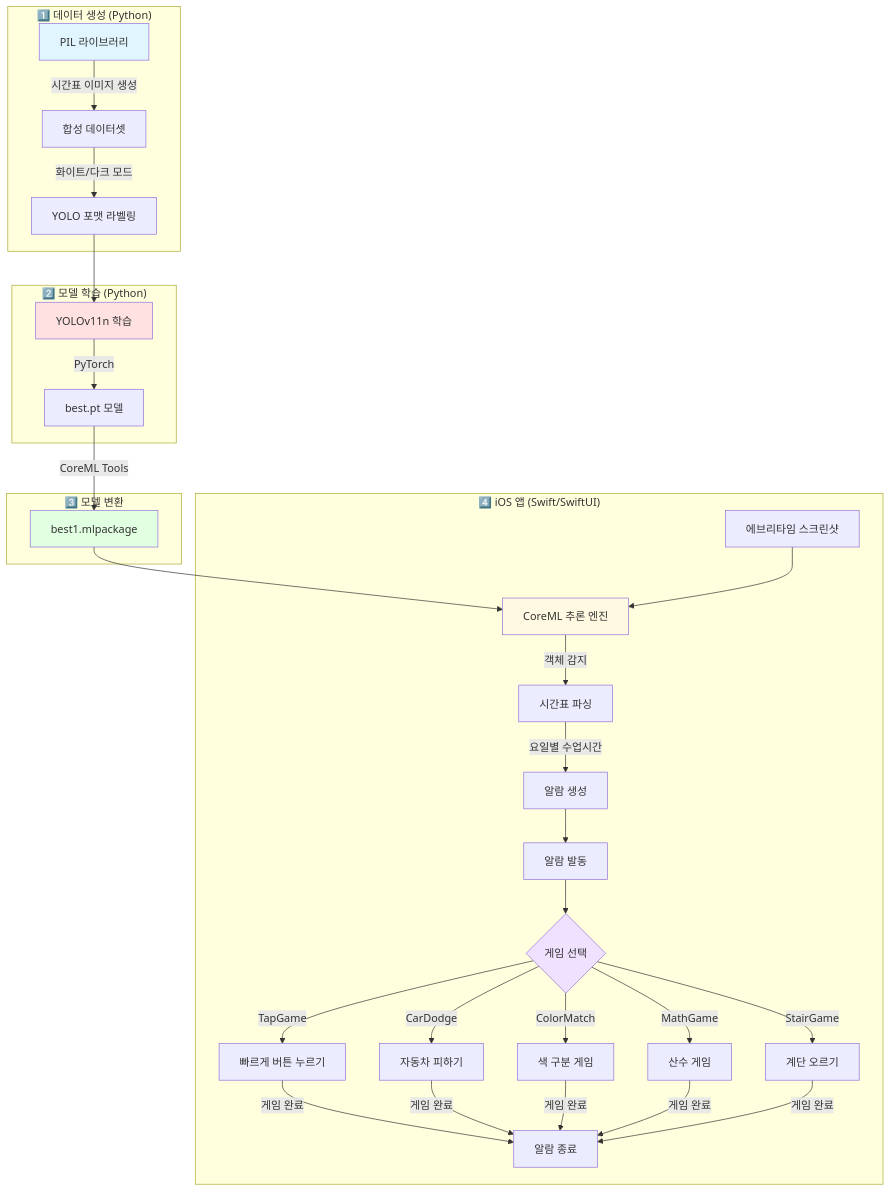
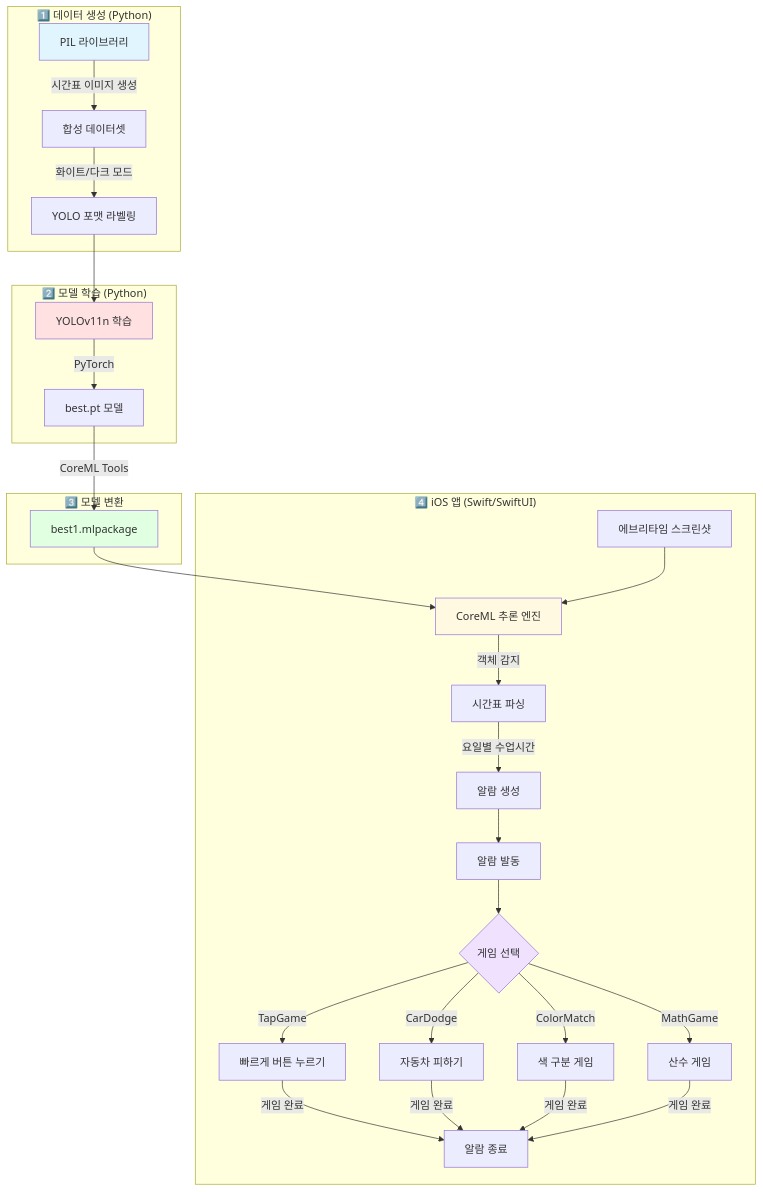
The first of 6 diagrams in README.md (Jaehyeon-kr/Every_Alarm), drawn with Mermaid before and after one commit. The commit also changed other lines of this file, not shown here.

````diff
--- a/README.md
+++ b/README.md
@@ -102,37 +104,36 @@
 ```mermaid
 flowchart TB
     subgraph "1️⃣ 데이터 생성 (Python)"
         A[PIL 라이브러리] -->|시간표 이미지 생성| B[합성 데이터셋]
         B -->|화이트/다크 모드| C[YOLO 포맷 라벨링]
     end
 
     subgraph "2️⃣ 모델 학습 (Python)"
         C --> D[YOLOv11n 학습]
         D -->|PyTorch| E[best.pt 모델]
     end
 
     subgraph "3️⃣ 모델 변환"
         E -->|CoreML Tools| F[best1.mlpackage]
     end
 
     subgraph "4️⃣ iOS 앱 (Swift/SwiftUI)"
         F --> G[CoreML 추론 엔진]
         H[에브리타임 스크린샷] --> G
         G -->|객체 감지| I[시간표 파싱]
         I -->|요일별 수업시간| J[알람 생성]
         J --> K[알람 발동]
         K --> L{게임 선택}
         L -->|TapGame| M1[빠르게 버튼 누르기]
         L -->|CarDodge| M2[자동차 피하기]
         L -->|ColorMatch| M3[색 구분 게임]
         L -->|MathGame| M4[산수 게임]
-        L -->|StairGame| M5[계단 오르기]
-        M1 & M2 & M3 & M4 & M5 -->|게임 완료| N[알람 종료]
+        M1 & M2 & M3 & M4 -->|게임 완료| N[알람 종료]
     end
 
     style A fill:#e1f5ff
     style D fill:#ffe1e1
     style F fill:#e1ffe1
     style G fill:#fff9e1
     style L fill:#f0e1ff
 ```
````
